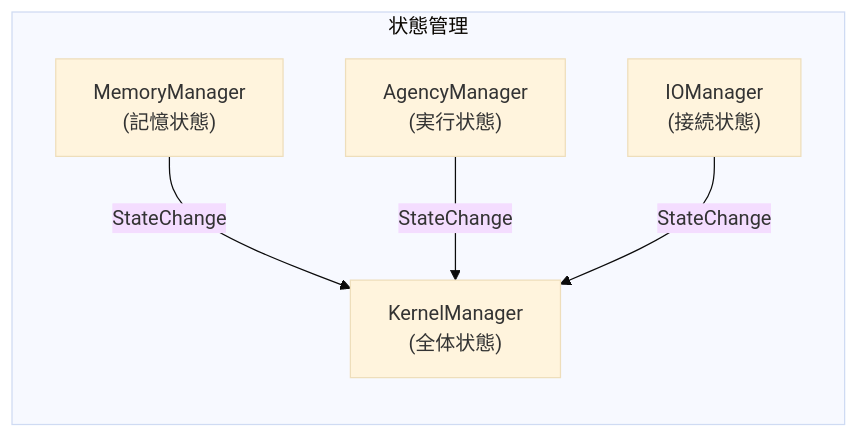
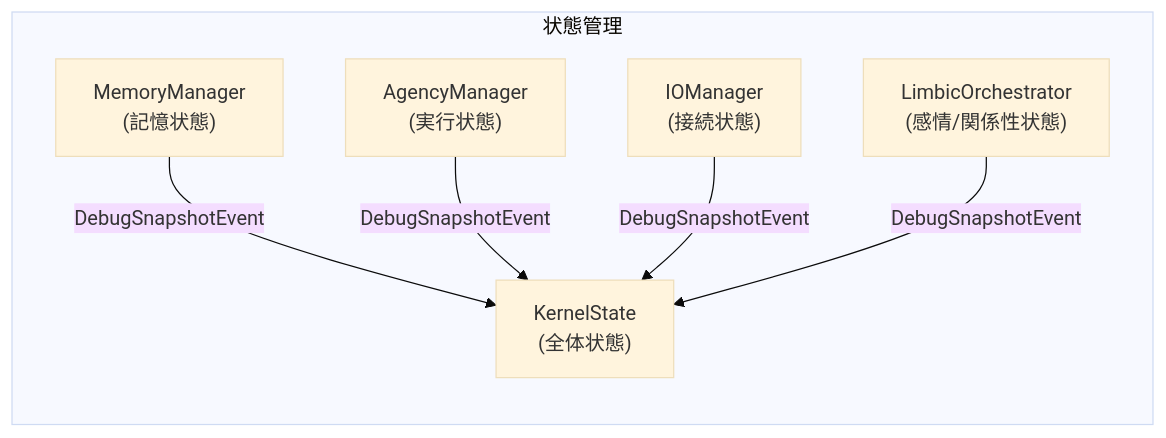
One commit to ibukani/iris-mind changed the third of 4 diagrams in docs/architecture.md. Above: the diagram before and after it, drawn with Mermaid (base theme). The commit also changed other lines of this file and 359 other files, not shown here.

````diff
--- a/docs/architecture.md
+++ b/docs/architecture.md
@@ -350,13 +427,15 @@
 ```mermaid
 flowchart LR
     subgraph L["状態管理"]
-        KS["KernelManager<br/>(全体状態)"]
+        KS["KernelState<br/>(全体状態)"]
         MS["MemoryManager<br/>(記憶状態)"]
         AS["AgencyManager<br/>(実行状態)"]
         IS["IOManager<br/>(接続状態)"]
+        LS["LimbicOrchestrator<br/>(感情/関係性状態)"]
     end
 
-    MS -->|StateChange| KS
-    AS -->|StateChange| KS
-    IS -->|StateChange| KS
+    MS -->|DebugSnapshotEvent| KS
+    AS -->|DebugSnapshotEvent| KS
+    IS -->|DebugSnapshotEvent| KS
+    LS -->|DebugSnapshotEvent| KS
 ```
````
